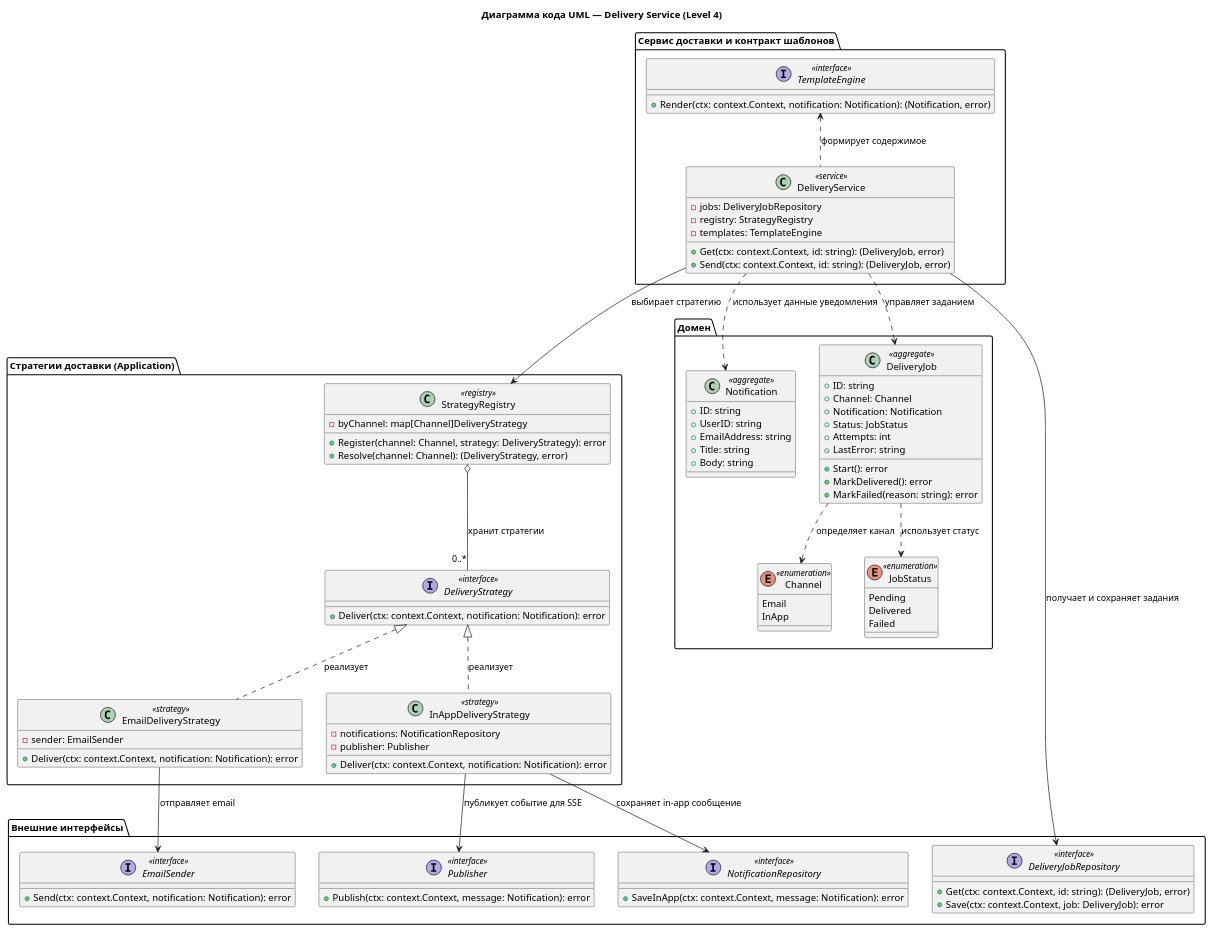
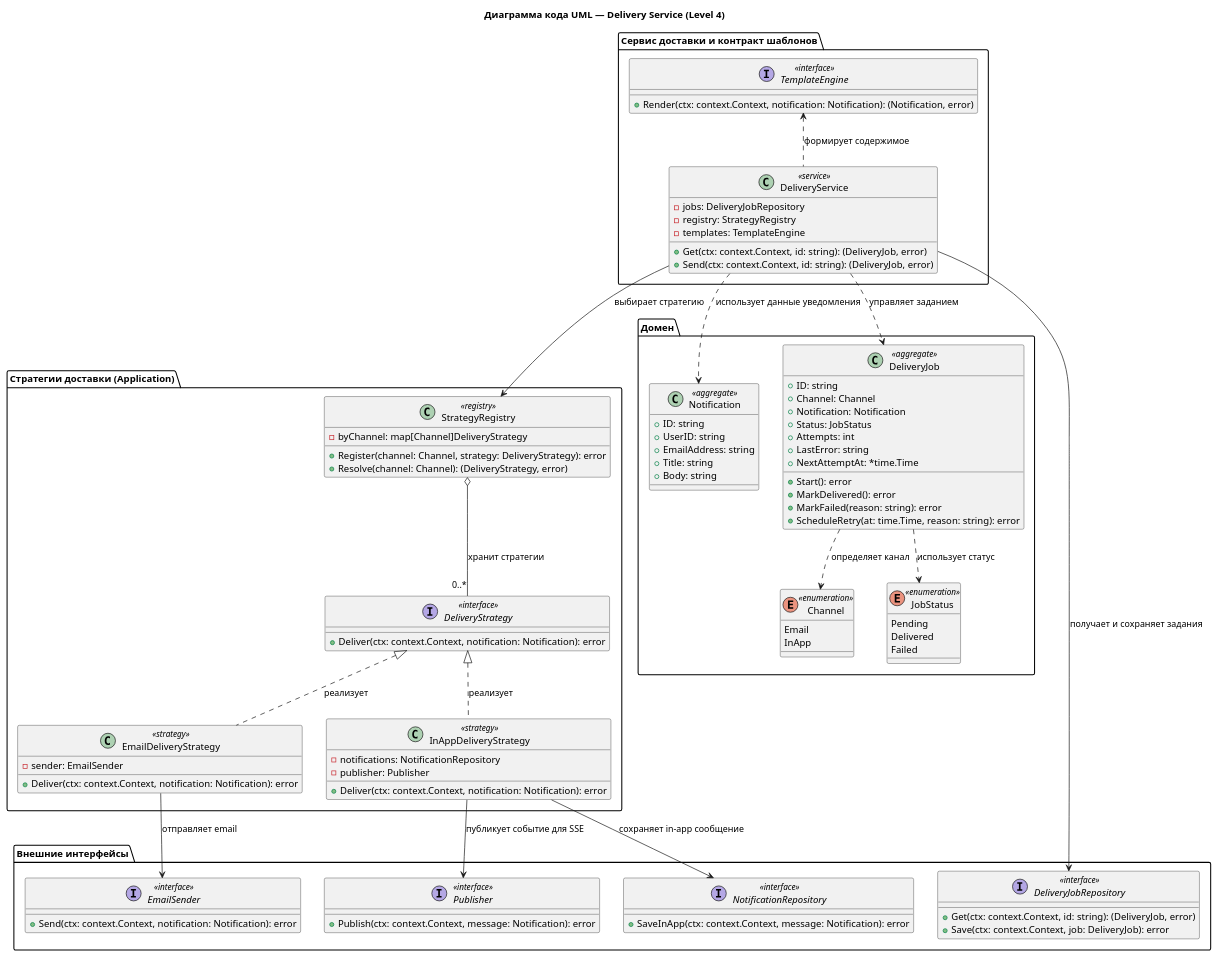
The diagram in UML_L4/delivery_service_l4.puml (plafon05/IDPPlatformC4Model), drawn with PlantUML before and after one commit. The commit also changed 5 other files, not shown here.

```diff
--- a/UML_L4/delivery_service_l4.puml
+++ b/UML_L4/delivery_service_l4.puml
@@ -1,106 +1,108 @@
 @startuml delivery_service
 title Диаграмма кода UML — Delivery Service (Level 4)
 
 package "Сервис доставки и контракт шаблонов" {
   interface TemplateEngine <<interface>> {
     +Render(ctx: context.Context, notification: Notification): (Notification, error)
   }
 
   class DeliveryService <<service>> {
     -jobs: DeliveryJobRepository
     -registry: StrategyRegistry
     -templates: TemplateEngine
     +Get(ctx: context.Context, id: string): (DeliveryJob, error)
     +Send(ctx: context.Context, id: string): (DeliveryJob, error)
   }
 }
 
 package "Стратегии доставки (Application)" {
   class StrategyRegistry <<registry>> {
     -byChannel: map[Channel]DeliveryStrategy
     +Register(channel: Channel, strategy: DeliveryStrategy): error
     +Resolve(channel: Channel): (DeliveryStrategy, error)
   }
 
   interface DeliveryStrategy <<interface>> {
     +Deliver(ctx: context.Context, notification: Notification): error
   }
 
   class EmailDeliveryStrategy <<strategy>> {
     -sender: EmailSender
     +Deliver(ctx: context.Context, notification: Notification): error
   }
 
   class InAppDeliveryStrategy <<strategy>> {
     -notifications: NotificationRepository
     -publisher: Publisher
     +Deliver(ctx: context.Context, notification: Notification): error
   }
 }
 
 package "Внешние интерфейсы" {
   interface EmailSender <<interface>> {
     +Send(ctx: context.Context, notification: Notification): error
   }
 
   interface Publisher <<interface>> {
     +Publish(ctx: context.Context, message: Notification): error
   }
 
   interface DeliveryJobRepository <<interface>> {
     +Get(ctx: context.Context, id: string): (DeliveryJob, error)
     +Save(ctx: context.Context, job: DeliveryJob): error
   }
 
   interface NotificationRepository <<interface>> {
     +SaveInApp(ctx: context.Context, message: Notification): error
   }
 }
 
 package "Домен" {
   class Notification <<aggregate>> {
     +ID: string
     +UserID: string
     +EmailAddress: string
     +Title: string
     +Body: string
   }
 
   class DeliveryJob <<aggregate>> {
     +ID: string
     +Channel: Channel
     +Notification: Notification
     +Status: JobStatus
     +Attempts: int
     +LastError: string
+    +NextAttemptAt: *time.Time
     +Start(): error
     +MarkDelivered(): error
     +MarkFailed(reason: string): error
+    +ScheduleRetry(at: time.Time, reason: string): error
   }
 
   enum Channel <<enumeration>> {
     Email
     InApp
   }
 
   enum JobStatus <<enumeration>> {
     Pending
     Delivered
     Failed
   }
 }
 
 TemplateEngine <.. DeliveryService : формирует содержимое
 DeliveryService --> DeliveryJobRepository : получает и сохраняет задания
 DeliveryService --> StrategyRegistry : выбирает стратегию
 StrategyRegistry o-- "0..*" DeliveryStrategy : хранит стратегии
 DeliveryStrategy <|.. EmailDeliveryStrategy : реализует
 DeliveryStrategy <|.. InAppDeliveryStrategy : реализует
 EmailDeliveryStrategy --> EmailSender : отправляет email
 InAppDeliveryStrategy --> NotificationRepository : сохраняет in-app сообщение
 InAppDeliveryStrategy --> Publisher : публикует событие для SSE
 DeliveryService ..> DeliveryJob : управляет заданием
 DeliveryService ..> Notification : использует данные уведомления
 DeliveryJob ..> Channel : определяет канал
 DeliveryJob ..> JobStatus : использует статус
 @enduml
```
